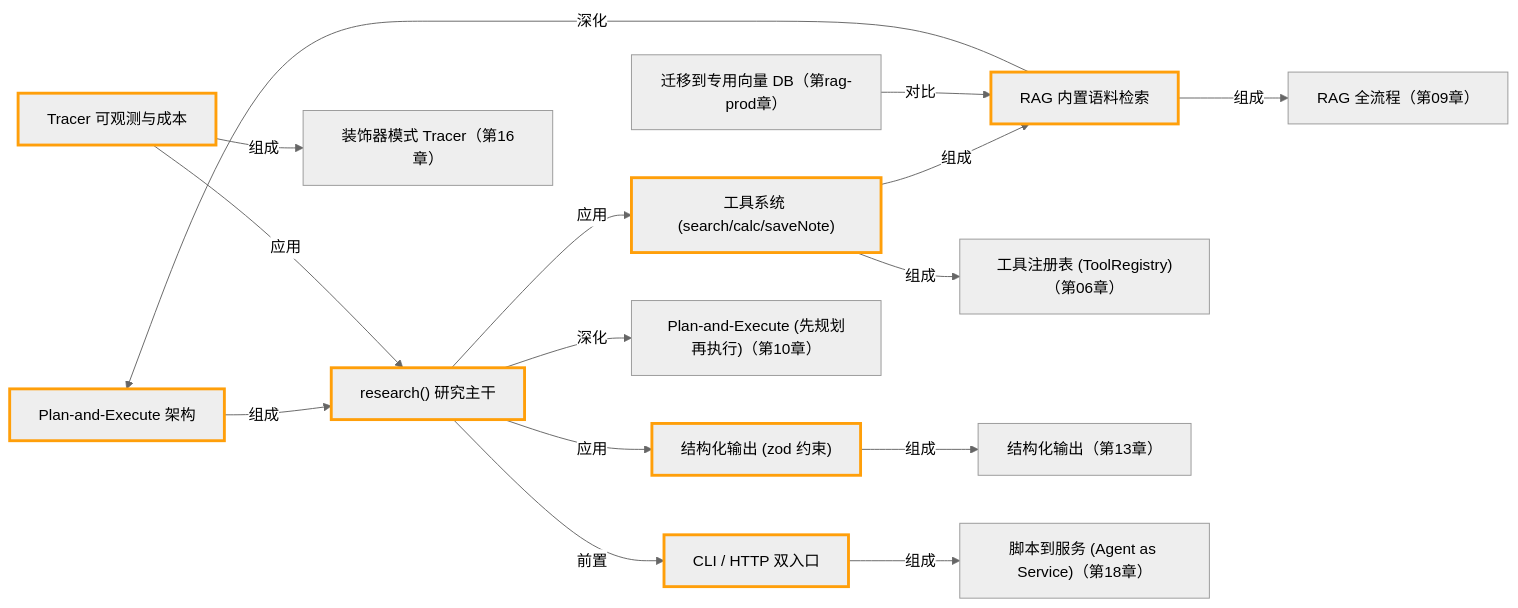
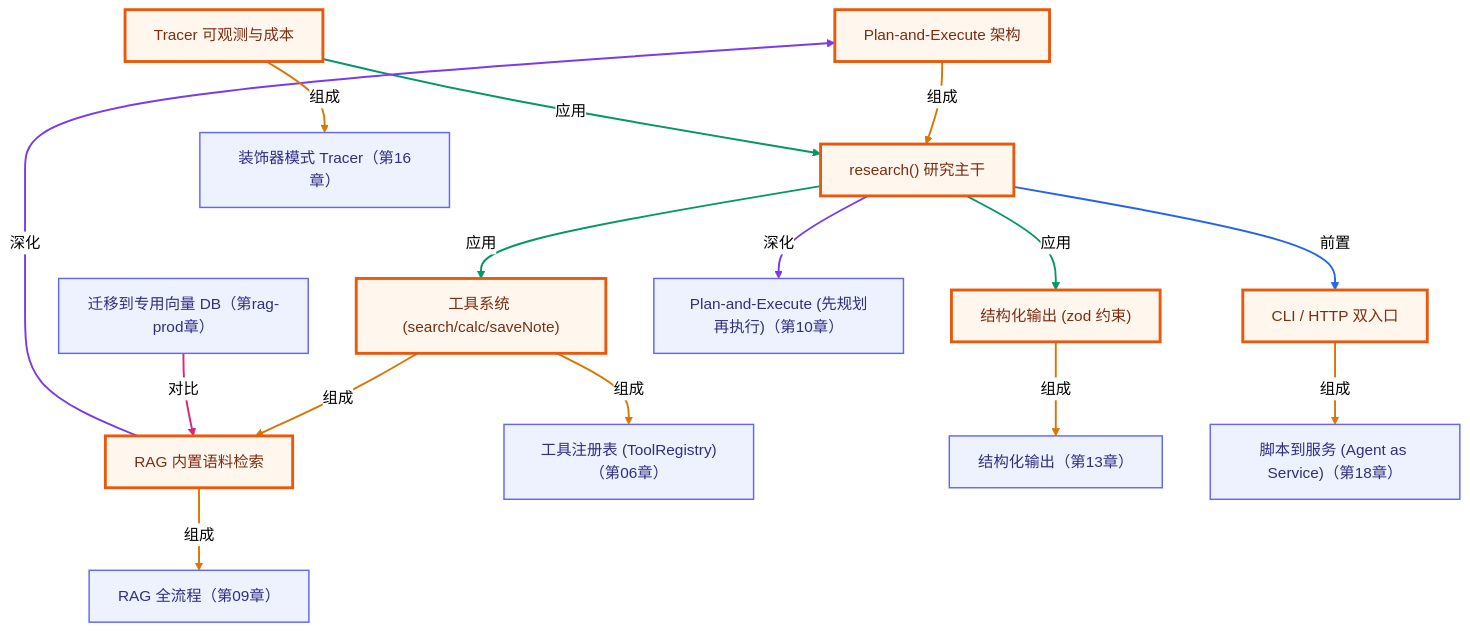
One commit to songuu/agent changed the diagram in capstone/deep-research-agent/README.md. Above: the diagram before and after it, drawn with Mermaid (neutral theme). The commit also changed other lines of this file and 72 other files, not shown here.

````diff
--- a/capstone/deep-research-agent/README.md
+++ b/capstone/deep-research-agent/README.md
@@ -302,38 +304,49 @@
 ```mermaid
-graph LR
+graph TB
+  classDef own fill:#fff7ed,stroke:#ea580c,stroke-width:3px,color:#7c2d12;
+  classDef cross fill:#eef2ff,stroke:#6366f1,stroke-width:1.5px,color:#312e81;
   n_ccapstone_plan_and_execute["Plan-and-Execute 架构"]
   n_ccapstone_research_pipeline["research() 研究主干"]
   n_ccapstone_tool_registry["工具系统 (search/calc/saveNote)"]
   n_ccapstone_rag_corpus["RAG 内置语料检索"]
   n_ccapstone_structured_output["结构化输出 (zod 约束)"]
   n_ccapstone_tracer_cost["Tracer 可观测与成本"]
   n_ccapstone_dual_entrypoint["CLI / HTTP 双入口"]
   n_c10_plan_and_execute["Plan-and-Execute (先规划再执行)（第10章）"]
   n_c06_tool_registry["工具注册表 (ToolRegistry)（第06章）"]
   n_c09_rag_pipeline["RAG 全流程（第09章）"]
   n_c13_structured_output["结构化输出（第13章）"]
   n_c16_decorator_tracer["装饰器模式 Tracer（第16章）"]
   n_c18_agent_as_service["脚本到服务 (Agent as Service)（第18章）"]
   n_cragprod_vectordb_migration["迁移到专用向量 DB（第rag-prod章）"]
   n_ccapstone_plan_and_execute -->|组成| n_ccapstone_research_pipeline
   n_ccapstone_research_pipeline -->|应用| n_ccapstone_tool_registry
   n_ccapstone_tool_registry -->|组成| n_ccapstone_rag_corpus
   n_ccapstone_research_pipeline -->|应用| n_ccapstone_structured_output
   n_ccapstone_tracer_cost -->|应用| n_ccapstone_research_pipeline
   n_ccapstone_research_pipeline -->|前置| n_ccapstone_dual_entrypoint
   n_ccapstone_rag_corpus -->|深化| n_ccapstone_plan_and_execute
   n_ccapstone_research_pipeline -->|深化| n_c10_plan_and_execute
   n_ccapstone_tool_registry -->|组成| n_c06_tool_registry
   n_ccapstone_rag_corpus -->|组成| n_c09_rag_pipeline
   n_ccapstone_structured_output -->|组成| n_c13_structured_output
   n_ccapstone_tracer_cost -->|组成| n_c16_decorator_tracer
   n_ccapstone_dual_entrypoint -->|组成| n_c18_agent_as_service
   n_cragprod_vectordb_migration -->|对比| n_ccapstone_rag_corpus
-  style n_ccapstone_plan_and_execute stroke:#ff9f0a,stroke-width:3px
-  style n_ccapstone_research_pipeline stroke:#ff9f0a,stroke-width:3px
-  style n_ccapstone_tool_registry stroke:#ff9f0a,stroke-width:3px
-  style n_ccapstone_rag_corpus stroke:#ff9f0a,stroke-width:3px
-  style n_ccapstone_structured_output stroke:#ff9f0a,stroke-width:3px
-  style n_ccapstone_tracer_cost stroke:#ff9f0a,stroke-width:3px
-  style n_ccapstone_dual_entrypoint stroke:#ff9f0a,stroke-width:3px
+  class n_ccapstone_plan_and_execute,n_ccapstone_research_pipeline,n_ccapstone_tool_registry,n_ccapstone_rag_corpus,n_ccapstone_structured_output,n_ccapstone_tracer_cost,n_ccapstone_dual_entrypoint own;
+  class n_c10_plan_and_execute,n_c06_tool_registry,n_c09_rag_pipeline,n_c13_structured_output,n_c16_decorator_tracer,n_c18_agent_as_service,n_cragprod_vectordb_migration cross;
+  linkStyle 0 stroke:#d97706,stroke-width:2px;
+  linkStyle 1 stroke:#059669,stroke-width:2px;
+  linkStyle 2 stroke:#d97706,stroke-width:2px;
+  linkStyle 3 stroke:#059669,stroke-width:2px;
+  linkStyle 4 stroke:#059669,stroke-width:2px;
+  linkStyle 5 stroke:#2563eb,stroke-width:2px;
+  linkStyle 6 stroke:#7c3aed,stroke-width:2px;
+  linkStyle 7 stroke:#7c3aed,stroke-width:2px;
+  linkStyle 8 stroke:#d97706,stroke-width:2px;
+  linkStyle 9 stroke:#d97706,stroke-width:2px;
+  linkStyle 10 stroke:#d97706,stroke-width:2px;
+  linkStyle 11 stroke:#d97706,stroke-width:2px;
+  linkStyle 12 stroke:#d97706,stroke-width:2px;
+  linkStyle 13 stroke:#db2777,stroke-width:2px;
 ```
````
